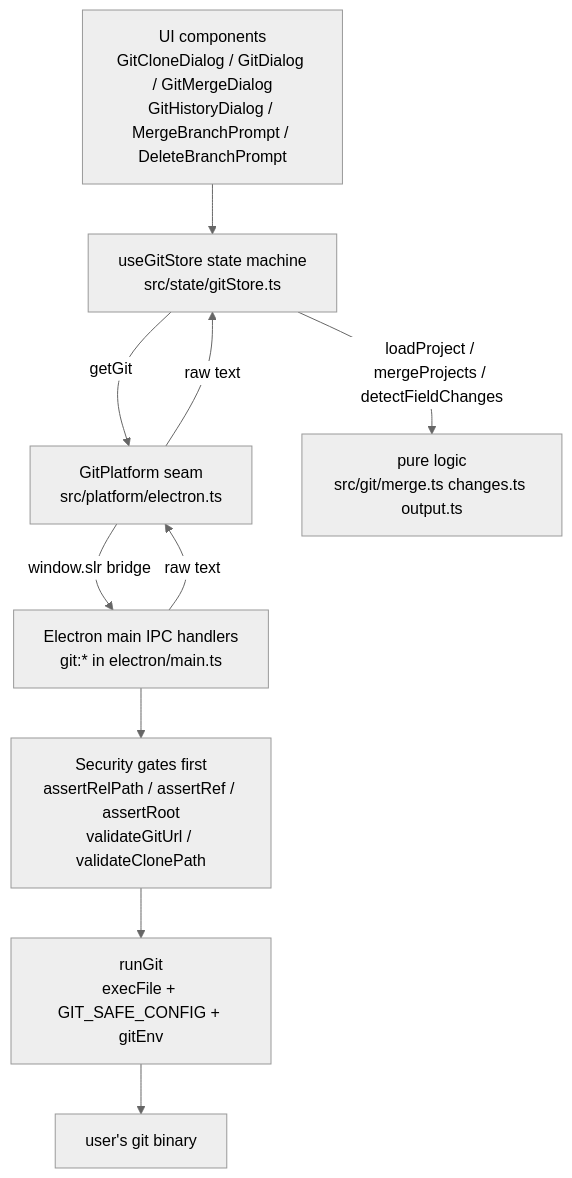
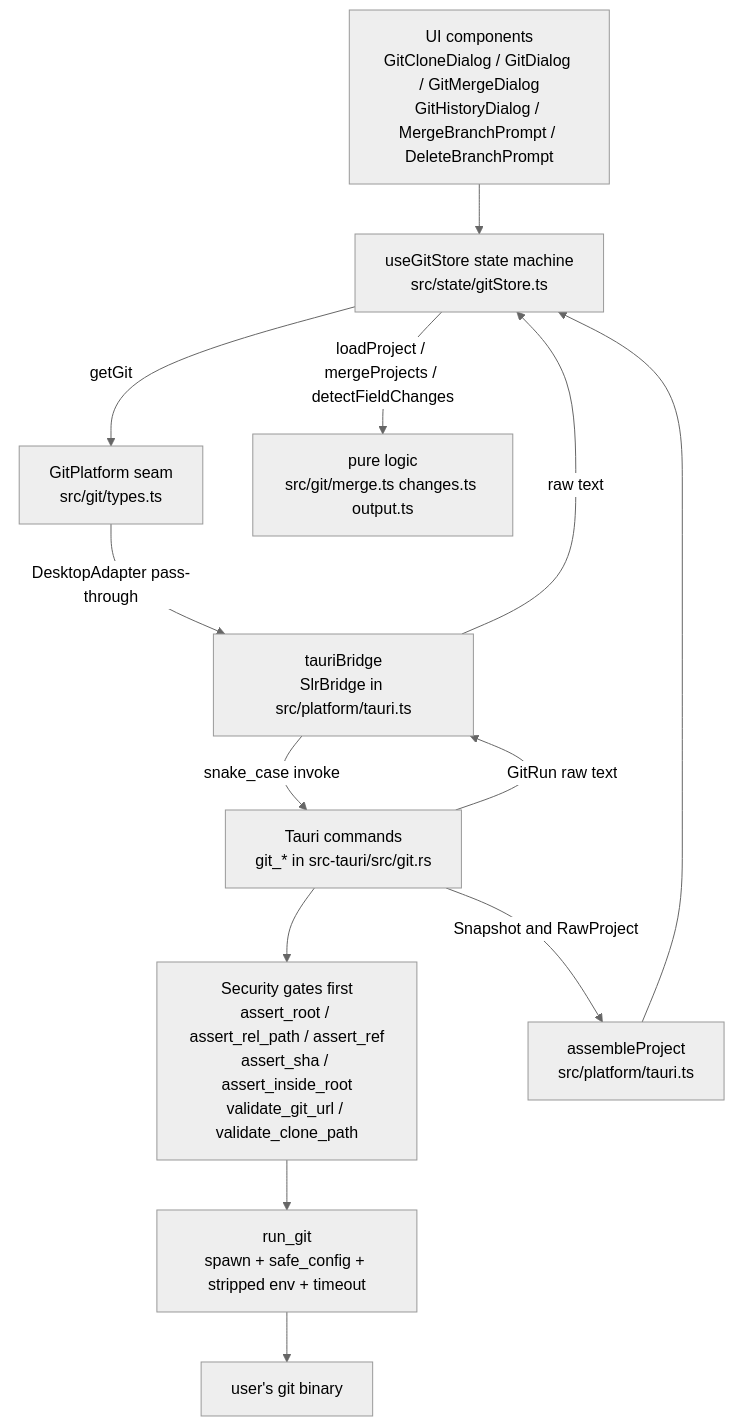
Before and after one commit to Gram21/SaiLoR: the first of 4 diagrams in openwiki/workflows/git-integration.md, drawn with Mermaid (neutral theme). The commit also changed other lines of this file and 1 other file, not shown here.

````diff
--- a/openwiki/workflows/git-integration.md
+++ b/openwiki/workflows/git-integration.md
@@ -67,12 +106,15 @@
 ```mermaid
 flowchart TD
   UI["UI components<br/>GitCloneDialog / GitDialog / GitMergeDialog<br/>GitHistoryDialog / MergeBranchPrompt / DeleteBranchPrompt"] --> GS["useGitStore state machine<br/>src/state/gitStore.ts"]
-  GS -->|getGit| GP["GitPlatform seam<br/>src/platform/electron.ts"]
-  GP -->|window.slr bridge| IPC["Electron main IPC handlers<br/>git:* in electron/main.ts"]
-  IPC --> SEC["Security gates first<br/>assertRelPath / assertRef / assertRoot<br/>validateGitUrl / validateClonePath"]
-  SEC --> RG["runGit<br/>execFile + GIT_SAFE_CONFIG + gitEnv"]
+  GS -->|getGit| GP["GitPlatform seam<br/>src/git/types.ts"]
+  GP -->|DesktopAdapter pass-through| TB["tauriBridge<br/>SlrBridge in src/platform/tauri.ts"]
+  TB -->|snake_case invoke| RC["Tauri commands<br/>git_* in src-tauri/src/git.rs"]
+  RC --> SEC["Security gates first<br/>assert_root / assert_rel_path / assert_ref<br/>assert_sha / assert_inside_root<br/>validate_git_url / validate_clone_path"]
+  SEC --> RG["run_git<br/>spawn + safe_config + stripped env + timeout"]
   RG --> GIT["user's git binary"]
-  IPC -->|raw text| GP
-  GP -->|raw text| GS
+  RC -->|GitRun raw text| TB
+  RC -->|"Snapshot and RawProject"| ASM["assembleProject<br/>src/platform/tauri.ts"]
+  ASM --> GS
+  TB -->|raw text| GS
   GS -->|loadProject / mergeProjects / detectFieldChanges| LOGIC["pure logic<br/>src/git/merge.ts changes.ts output.ts"]
 ```
````
